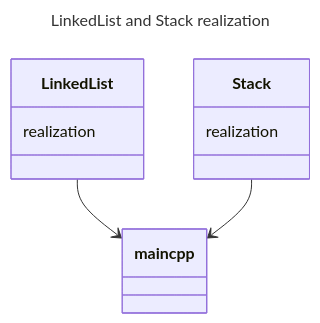
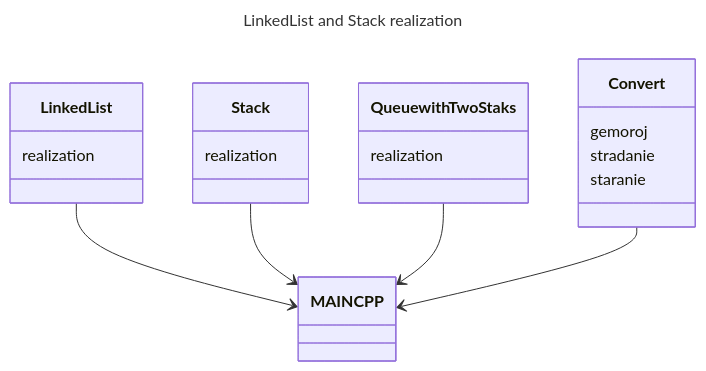
Before and after one commit to alanarzumanjan/advanced_data_structures: the diagram in README.md, drawn with Mermaid.

Commit message:
mark super sexy pony

````diff
--- a/README.md
+++ b/README.md
@@ -93,17 +93,27 @@
 ```mermaid
 ---
 title: LinkedList and Stack realization
 ---
 classDiagram
-    class maincpp
+    class MAINCPP
 
     class LinkedList
     LinkedList : realization
 
     class Stack
     Stack : realization
 
-    LinkedList --> maincpp
-    Stack --> maincpp
+    class QueuewithTwoStaks
+    QueuewithTwoStaks : realization
+
+    class Convert
+    Convert : gemoroj
+    Convert : stradanie
+    Convert : staranie
+
+    LinkedList --> MAINCPP
+    Stack --> MAINCPP
+    QueuewithTwoStaks --> MAINCPP
+    Convert --> MAINCPP
 
 ```
````
